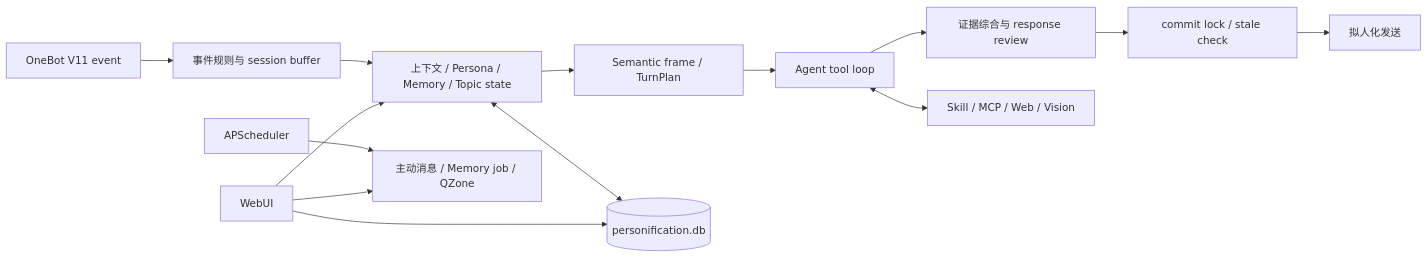
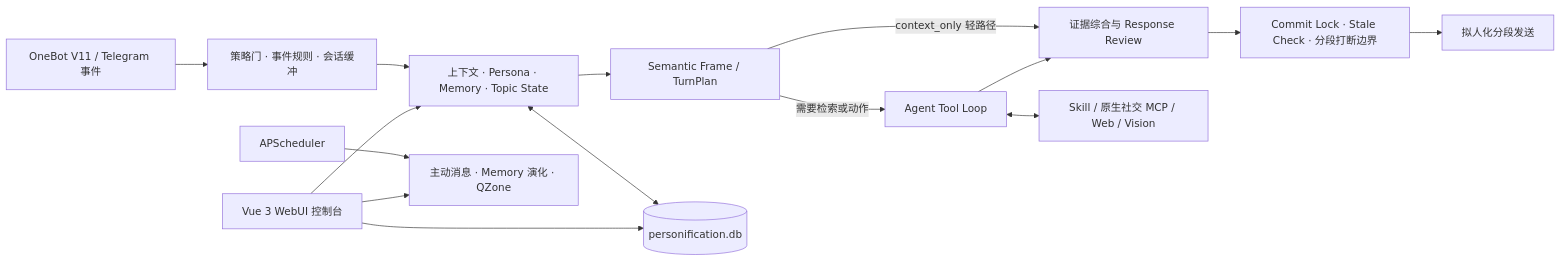
The diagram in README.md (luojisama/personification), drawn with Mermaid before and after one commit. The commit also changed other lines of this file and 55 other files, not shown here.

````diff
--- a/README.md
+++ b/README.md
@@ -41,17 +57,18 @@
 ```mermaid
 flowchart LR
-    A[OneBot V11 event] --> B[事件规则与 session buffer]
-    B --> C[上下文 / Persona / Memory / Topic state]
-    C --> D[Semantic frame / TurnPlan]
-    D --> E[Agent tool loop]
-    E --> F[证据综合与 response review]
-    F --> G[commit lock / stale check]
-    G --> H[拟人化发送]
+    A[OneBot V11 / Telegram 事件] --> B[策略门 · 事件规则 · 会话缓冲]
+    B --> C[上下文 · Persona · Memory · Topic State]
+    C --> D[Semantic Frame / TurnPlan]
+    D -->|context_only 轻路径| F[证据综合与 Response Review]
+    D -->|需要检索或动作| E[Agent Tool Loop]
+    E --> F
+    F --> G[Commit Lock · Stale Check · 分段打断边界]
+    G --> H[拟人化分段发送]
 
-    E <--> I[Skill / MCP / Web / Vision]
+    E <--> I[Skill / 原生社交 MCP / Web / Vision]
     C <--> J[(personification.db)]
-    K[APScheduler] --> L[主动消息 / Memory job / QZone]
-    M[WebUI] --> C
+    K[APScheduler] --> L[主动消息 · Memory 演化 · QZone]
+    M[Vue 3 WebUI 控制台] --> C
     M --> J
     M --> L
 ```
````
